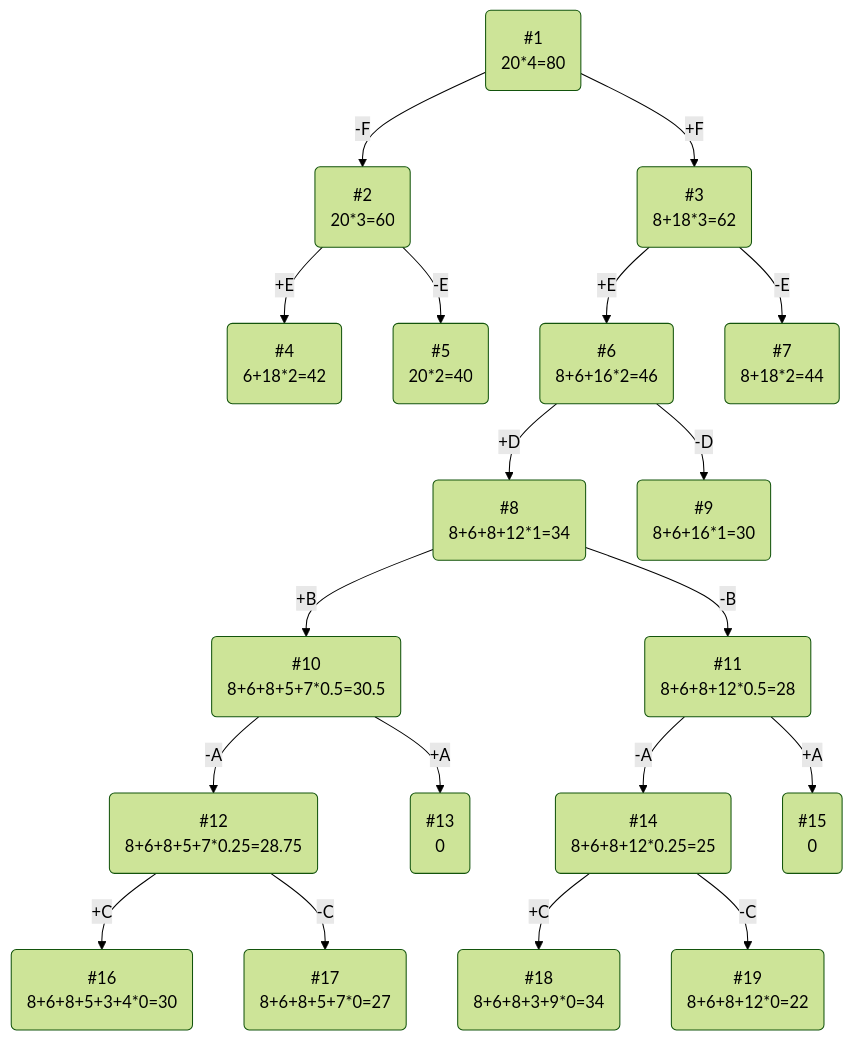
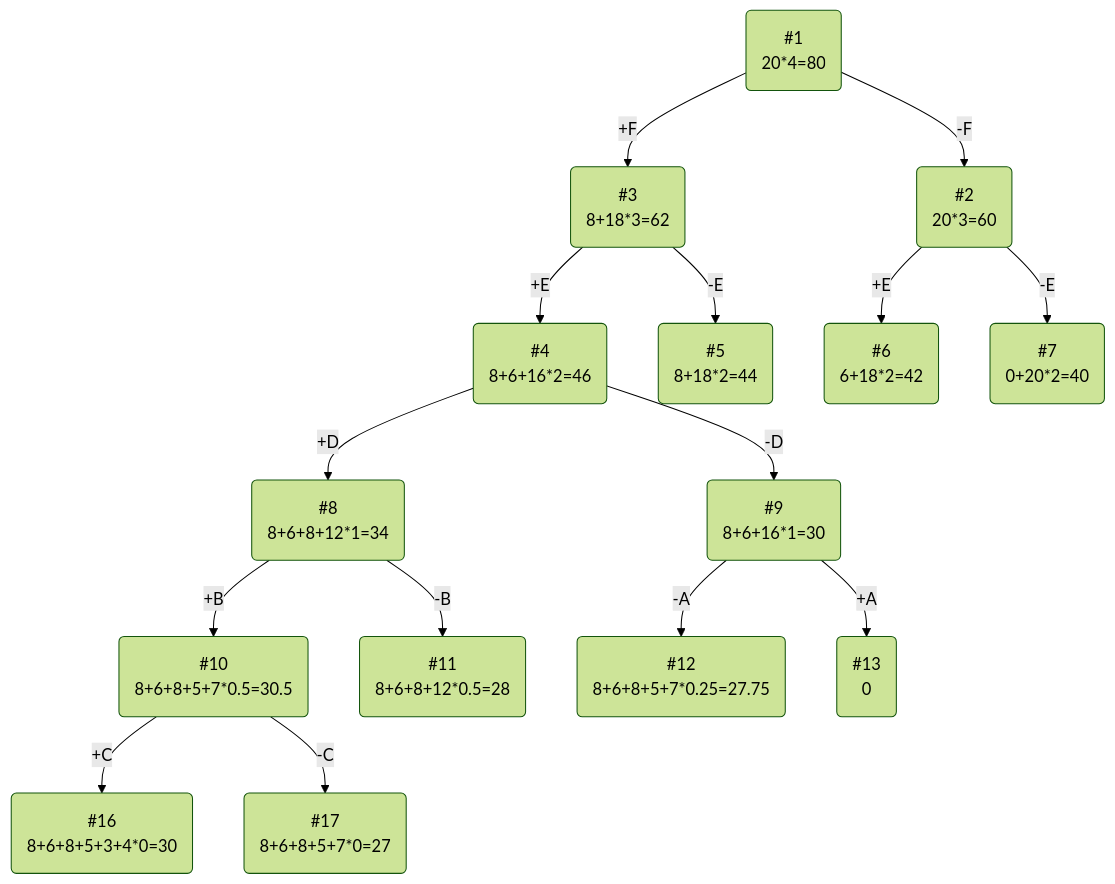
One commit to hse-algo-24-owl/manual-tasks-owl changed the diagram in task-11/first.md. Above: the diagram before and after it, drawn with Mermaid (forest theme).

Commit message:
Изменение в решении

````diff
--- a/task-11/first.md
+++ b/task-11/first.md
@@ -37,21 +37,17 @@
 ```mermaid
 graph TB
     1(#1\n20*4=80)-->|-F|2(#2\n20*3=60)
     1-->|+F|3(#3\n8+18*3=62)
-    2-->|+E|4(#4\n6+18*2=42)
-    2-->|-E|5(#5\n20*2=40)
-    3-->|+E|6(#6\n8+6+16*2=46)
-    3-->|-E|7(#7\n8+18*2=44)
-    6-->|+D|8(#8\n8+6+8+12*1=34)
-    6-->|-D|9(#9\n8+6+16*1=30)
+    2-->|+E|6(#6\n6+18*2=42)
+    2-->|-E|7(#7\n0+20*2=40)
+    3-->|+E|4(#4\n8+6+16*2=46)
+    3-->|-E|5(#5\n8+18*2=44)
+    4-->|+D|8(#8\n8+6+8+12*1=34)
+    4-->|-D|9(#9\n8+6+16*1=30)
     8-->|+B|10(#10\n8+6+8+5+7*0.5=30.5)
     8-->|-B|11(#11\n8+6+8+12*0.5=28)
-    10-->|-A|12(#12\n8+6+8+5+7*0.25=28.75)
-    10-->|+A|13(#13\n0)
-    11-->|-A|14(#14\n8+6+8+12*0.25=25)
-    11-->|+A|15(#15\n0)
-    12-->|+C|16(#16\n8+6+8+5+3+4*0=30)
-    12-->|-C|17(#17\n8+6+8+5+7*0=27)
-    14-->|+C|18(#18\n8+6+8+3+9*0=34)
-    14-->|-C|19(#19\n8+6+8+12*0=22)
+    9-->|-A|12(#12\n8+6+8+5+7*0.25=27.75)
+    9-->|+A|13(#13\n0)
+    10-->|+C|16(#16\n8+6+8+5+3+4*0=30)
+    10-->|-C|17(#17\n8+6+8+5+7*0=27)
 ```
````
